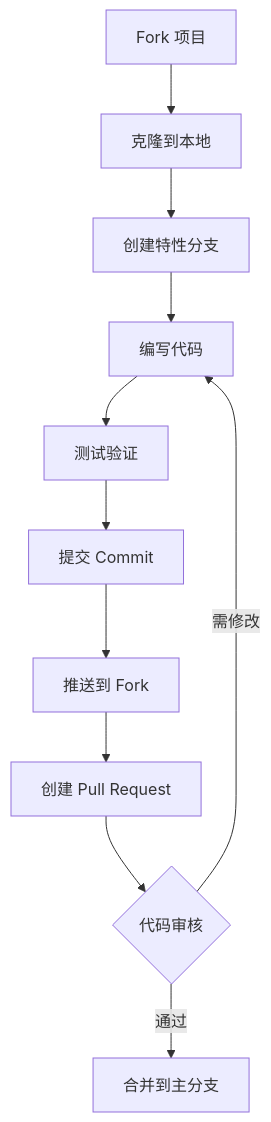
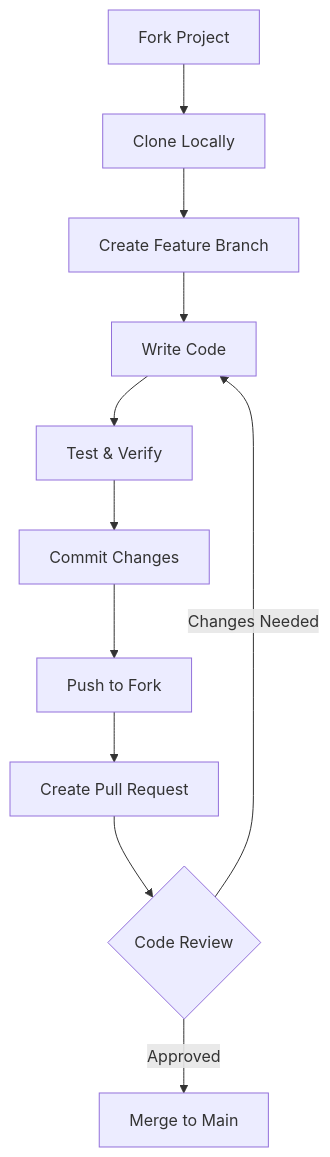
Before and after one commit to 1822520752/paper-format: the diagram in README.md, drawn with Mermaid. The commit also changed other lines of this file, not shown here.

````diff
--- a/README.md
+++ b/README.md
@@ -578,13 +578,13 @@
 ```mermaid
 flowchart TD
-    A[Fork 项目] --> B[克隆到本地]
-    B --> C[创建特性分支]
-    C --> D[编写代码]
-    D --> E[测试验证]
-    E --> F[提交 Commit]
-    F --> G[推送到 Fork]
-    G --> H[创建 Pull Request]
-    H --> I{代码审核}
-    I -->|通过| J[合并到主分支]
-    I -->|需修改| D
+    A[Fork Project] --> B[Clone Locally]
+    B --> C[Create Feature Branch]
+    C --> D[Write Code]
+    D --> E[Test & Verify]
+    E --> F[Commit Changes]
+    F --> G[Push to Fork]
+    G --> H[Create Pull Request]
+    H --> I{Code Review}
+    I -->|Approved| J[Merge to Main]
+    I -->|Changes Needed| D
 ```
````
